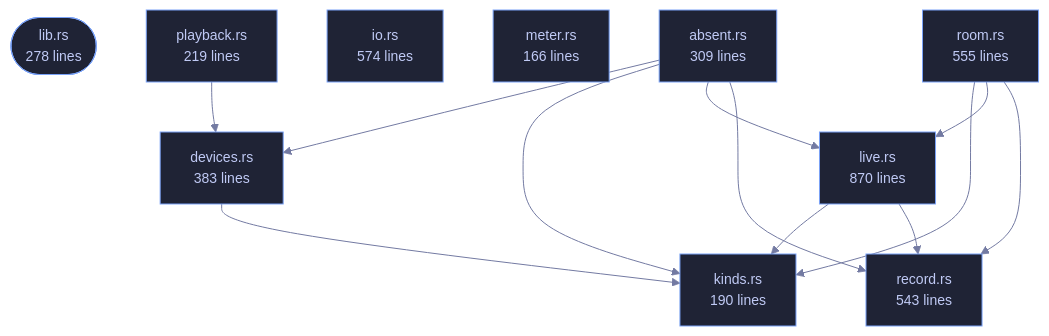
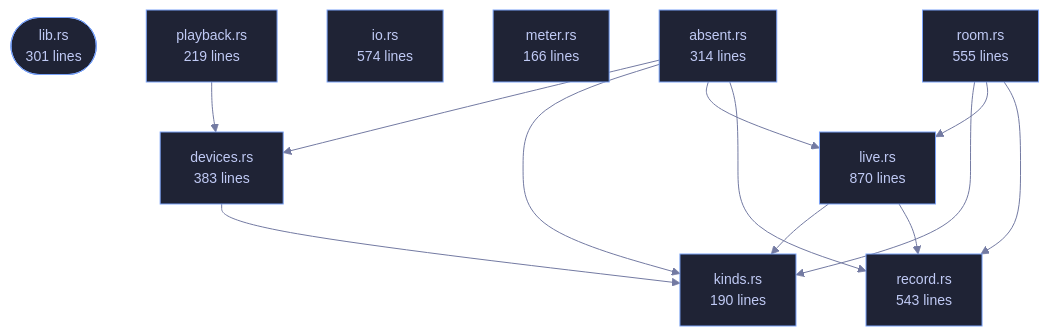
Before and after one commit to tilas01/veilvoice: the diagram in crates/veilvoice-audio/README.md, drawn with Mermaid. The commit also changed other lines of this file and 61 other files, not shown here.

First line of the commit message:
Roadmap 162: a build without live audio says so before anything is pressed

````diff
--- a/crates/veilvoice-audio/README.md
+++ b/crates/veilvoice-audio/README.md
@@ -80,35 +80,35 @@
 ```mermaid
 %%{init: {"theme":"base","themeVariables":{"background":"#1a1b26","primaryColor":"#1f2335","primaryTextColor":"#c0caf5","primaryBorderColor":"#7aa2f7","secondaryColor":"#16161e","tertiaryColor":"#16161e","lineColor":"#737aa2","textColor":"#c0caf5","mainBkg":"#1f2335","nodeBorder":"#7aa2f7","clusterBkg":"#16161e","clusterBorder":"#2f3549","fontFamily":"ui-monospace, SFMono-Regular, Consolas, monospace","fontSize":"14px"}}}%%
 flowchart TD
-    n_lib(["lib.rs<br/>278 lines"])
-    n_absent["absent.rs<br/>309 lines"]
+    n_lib(["lib.rs<br/>301 lines"])
+    n_absent["absent.rs<br/>314 lines"]
     n_devices["devices.rs<br/>383 lines"]
     n_io["io.rs<br/>574 lines"]
     n_kinds["kinds.rs<br/>190 lines"]
     n_live["live.rs<br/>870 lines"]
     n_meter["meter.rs<br/>166 lines"]
     n_playback["playback.rs<br/>219 lines"]
     n_record["record.rs<br/>543 lines"]
     n_room["room.rs<br/>555 lines"]
     n_absent --> n_devices
     n_absent --> n_kinds
     n_absent --> n_live
     n_absent --> n_record
     n_devices --> n_kinds
     n_live --> n_kinds
     n_live --> n_record
     n_playback --> n_devices
     n_room --> n_kinds
     n_room --> n_live
     n_room --> n_record
     click n_lib href "https://github.com/tilas01/veilvoice/blob/main/crates/veilvoice-audio/src/lib.rs" "open the source"
     click n_absent href "https://github.com/tilas01/veilvoice/blob/main/crates/veilvoice-audio/src/absent.rs" "open the source"
     click n_devices href "https://github.com/tilas01/veilvoice/blob/main/crates/veilvoice-audio/src/devices.rs" "open the source"
     click n_io href "https://github.com/tilas01/veilvoice/blob/main/crates/veilvoice-audio/src/io.rs" "open the source"
     click n_kinds href "https://github.com/tilas01/veilvoice/blob/main/crates/veilvoice-audio/src/kinds.rs" "open the source"
     click n_live href "https://github.com/tilas01/veilvoice/blob/main/crates/veilvoice-audio/src/live.rs" "open the source"
     click n_meter href "https://github.com/tilas01/veilvoice/blob/main/crates/veilvoice-audio/src/meter.rs" "open the source"
     click n_playback href "https://github.com/tilas01/veilvoice/blob/main/crates/veilvoice-audio/src/playback.rs" "open the source"
     click n_record href "https://github.com/tilas01/veilvoice/blob/main/crates/veilvoice-audio/src/record.rs" "open the source"
     click n_room href "https://github.com/tilas01/veilvoice/blob/main/crates/veilvoice-audio/src/room.rs" "open the source"
 ```
````
